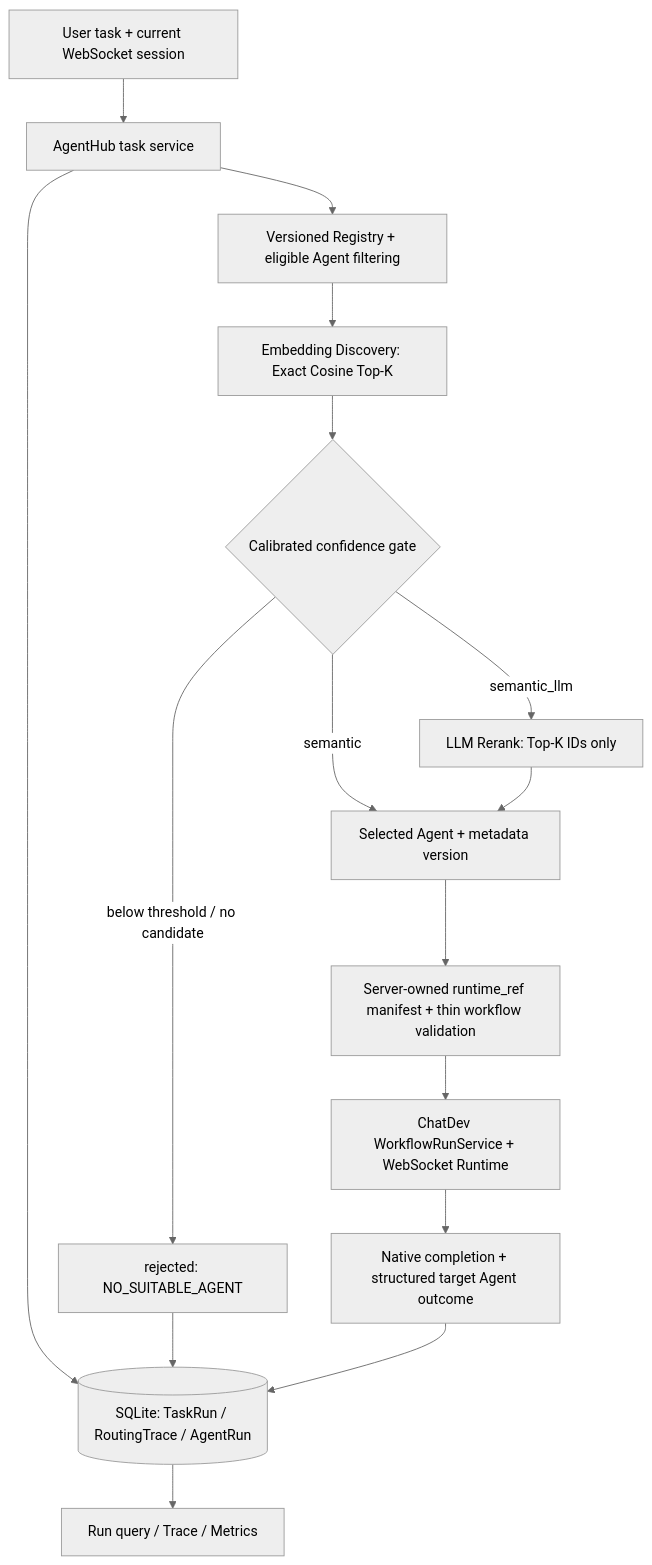
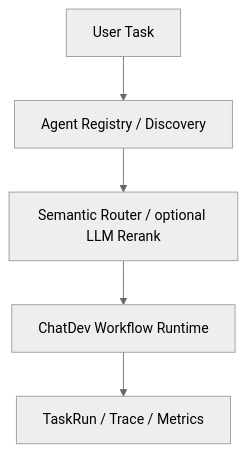
The diagram in README-zh.md (hongmuyu/AgentHub), drawn with Mermaid (neutral theme) before and after one commit. The commit also changed other lines of this file and 1 other file, not shown here.

Commit message:
docs: simplify bilingual AgentHub homepages

````diff
--- a/README-zh.md
+++ b/README-zh.md
@@ -47,18 +47,7 @@
 ```mermaid
 flowchart TD
-    U[User task + current WebSocket session] --> S[AgentHub task service]
-    S --> D[Versioned Registry + eligible Agent filtering]
-    D --> E[Embedding Discovery: Exact Cosine Top-K]
-    E --> G{Calibrated confidence gate}
-    G -->|below threshold / no candidate| N[rejected: NO_SUITABLE_AGENT]
-    G -->|semantic| A[Selected Agent + metadata version]
-    G -->|semantic_llm| L[LLM Rerank: Top-K IDs only]
-    L --> A
-    A --> V[Server-owned runtime_ref manifest + thin workflow validation]
-    V --> W[ChatDev WorkflowRunService + WebSocket Runtime]
-    W --> O[Native completion + structured target Agent outcome]
-    S --> DB[(SQLite: TaskRun / RoutingTrace / AgentRun)]
-    N --> DB
-    O --> DB
-    DB --> Q[Run query / Trace / Metrics]
+    U[User Task] --> D[Agent Registry / Discovery]
+    D --> R[Semantic Router / optional LLM Rerank]
+    R --> W[ChatDev Workflow Runtime]
+    W --> O[TaskRun / Trace / Metrics]
 ```
````
